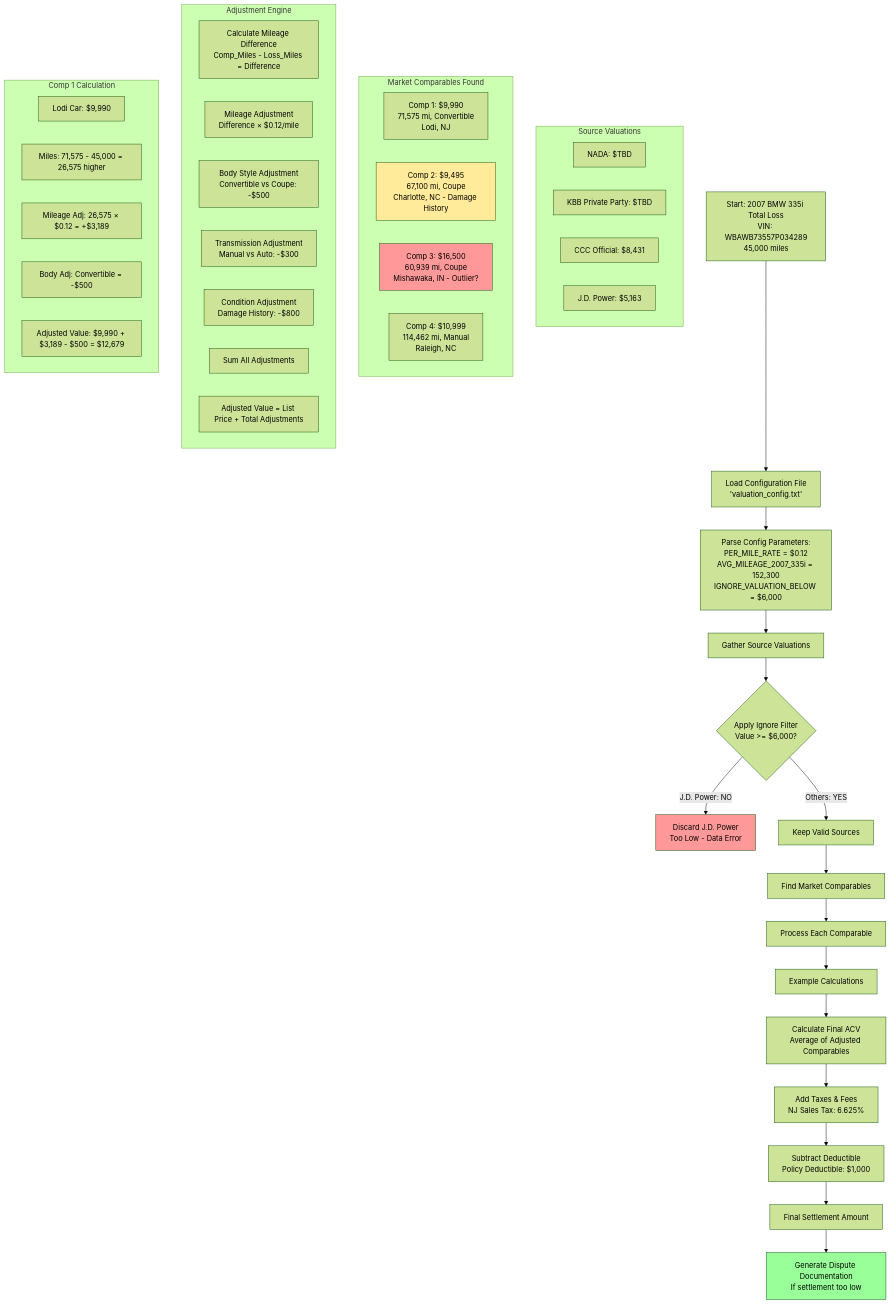
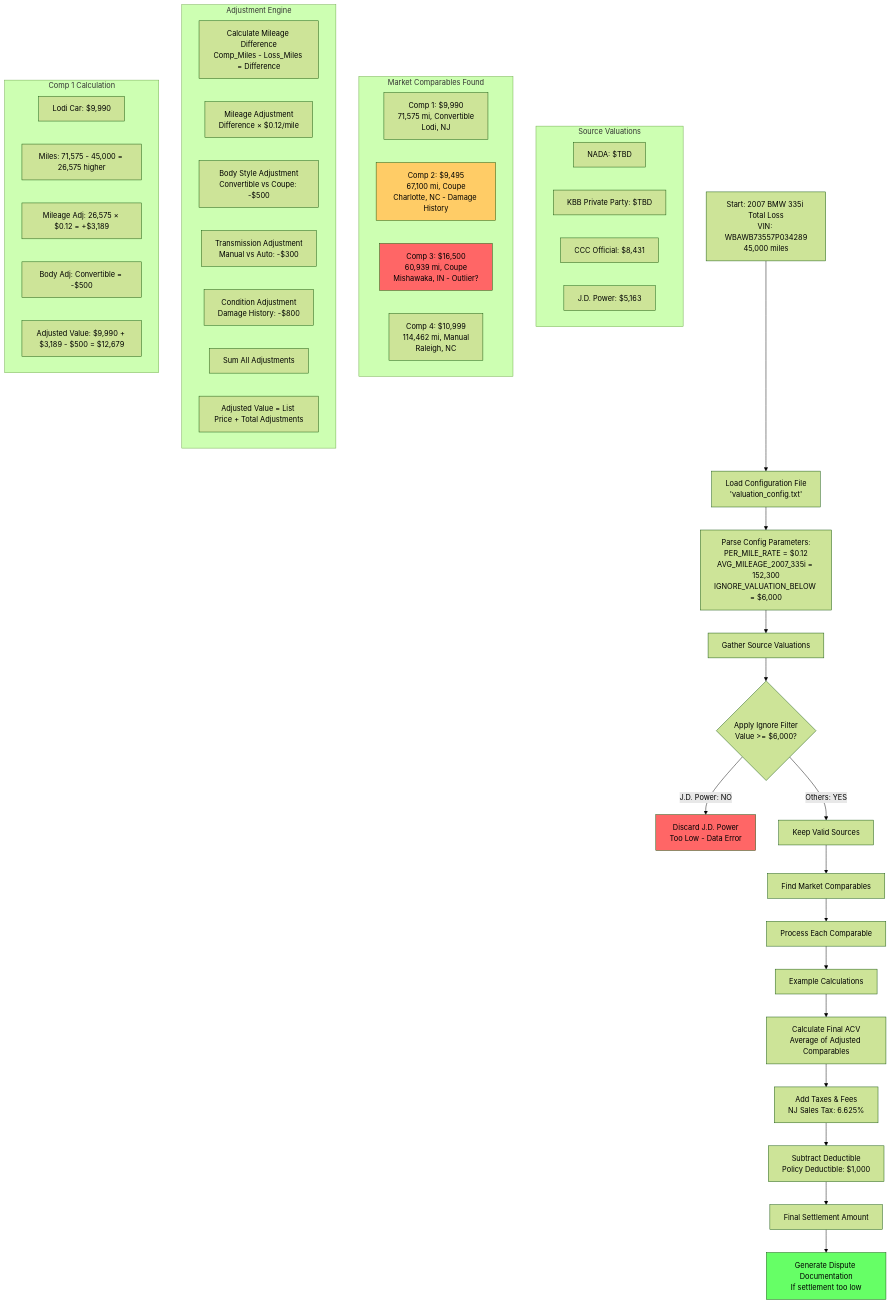
The diagram in README.md (the-ai-entrepreneur-ai-hub/Automate-CCC-Reports-for-Valuation), drawn with Mermaid (forest theme) before and after one commit.

Commit message:
Make flowchart elements more visible with darker colors
- Change red elements from #ff9999 to #ff6666 (darker red)
- Change yellow elements from #ffeb99 to #ffcc66 (darker yellow)
- Change green elements from #99ff99 to #66ff66 (darker green)

Improves visibility of error states, warnings, and action items in the flowchart.

````diff
--- a/README.md
+++ b/README.md
@@ -9,66 +9,66 @@
 ```mermaid
 flowchart TD
     A[Start: 2007 BMW 335i Total Loss<br>VIN: WBAWB73557P034289<br>45,000 miles] --> B[Load Configuration File<br>'valuation_config.txt']
     
     B --> C[Parse Config Parameters:<br>PER_MILE_RATE = $0.12<br>AVG_MILEAGE_2007_335i = 152,300<br>IGNORE_VALUATION_BELOW = $6,000]
     
     C --> D[Gather Source Valuations]
     
     subgraph D1 [Source Valuations]
         D2[NADA: $TBD]
         D3[KBB Private Party: $TBD] 
         D4[CCC Official: $8,431]
         D5[J.D. Power: $5,163]
     end
     
     D --> E{Apply Ignore Filter<br>Value >= $6,000?}
     
     E -- J.D. Power: NO --> F[Discard J.D. Power<br>Too Low - Data Error]
     E -- Others: YES --> G[Keep Valid Sources]
     
     G --> H[Find Market Comparables]
     
     subgraph H1 [Market Comparables Found]
         H2[Comp 1: $9,990<br>71,575 mi, Convertible<br>Lodi, NJ]
         H3[Comp 2: $9,495<br>67,100 mi, Coupe<br>Charlotte, NC - Damage History]
         H4[Comp 3: $16,500<br>60,939 mi, Coupe<br>Mishawaka, IN - Outlier?]
         H5[Comp 4: $10,999<br>114,462 mi, Manual<br>Raleigh, NC]
     end
     
     H --> I[Process Each Comparable]
     
     subgraph I1 [Adjustment Engine]
         I2[Calculate Mileage Difference<br>Comp_Miles - Loss_Miles = Difference]
         I3[Mileage Adjustment<br>Difference × $0.12/mile]
         I4[Body Style Adjustment<br>Convertible vs Coupe: -$500]
         I5[Transmission Adjustment<br>Manual vs Auto: -$300]
         I6[Condition Adjustment<br>Damage History: -$800]
         I7[Sum All Adjustments]
         I8[Adjusted Value = List Price + Total Adjustments]
     end
     
     I --> J[Example Calculations]
     
     subgraph J1 [Comp 1 Calculation]
         J2[Lodi Car: $9,990]
         J3[Miles: 71,575 - 45,000 = 26,575 higher]
         J4[Mileage Adj: 26,575 × $0.12 = +$3,189]
         J5[Body Adj: Convertible = -$500]
         J6[Adjusted Value: $9,990 + $3,189 - $500 = $12,679]
     end
     
     J --> K[Calculate Final ACV<br>Average of Adjusted Comparables]
     
     K --> L[Add Taxes & Fees<br>NJ Sales Tax: 6.625%]
     
     L --> M[Subtract Deductible<br>Policy Deductible: $1,000]
     
     M --> N[Final Settlement Amount]
     
     N --> O[Generate Dispute Documentation<br>If settlement too low]
     
-    style F fill:#ff9999
-    style H3 fill:#ffeb99
-    style H4 fill:#ff9999
-    style O fill:#99ff99
+    style F fill:#ff6666
+    style H3 fill:#ffcc66
+    style H4 fill:#ff6666
+    style O fill:#66ff66
 ```
````
